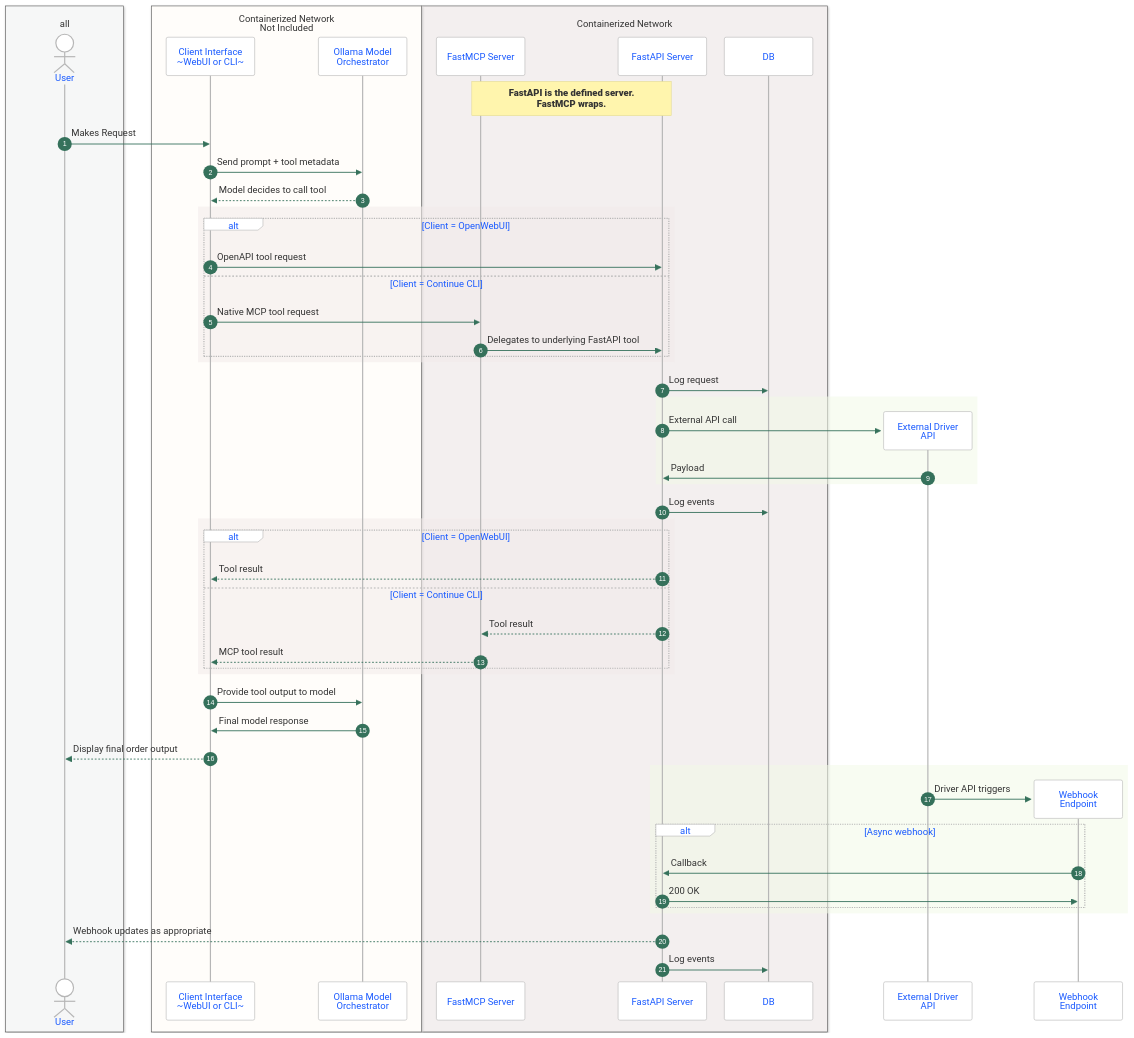
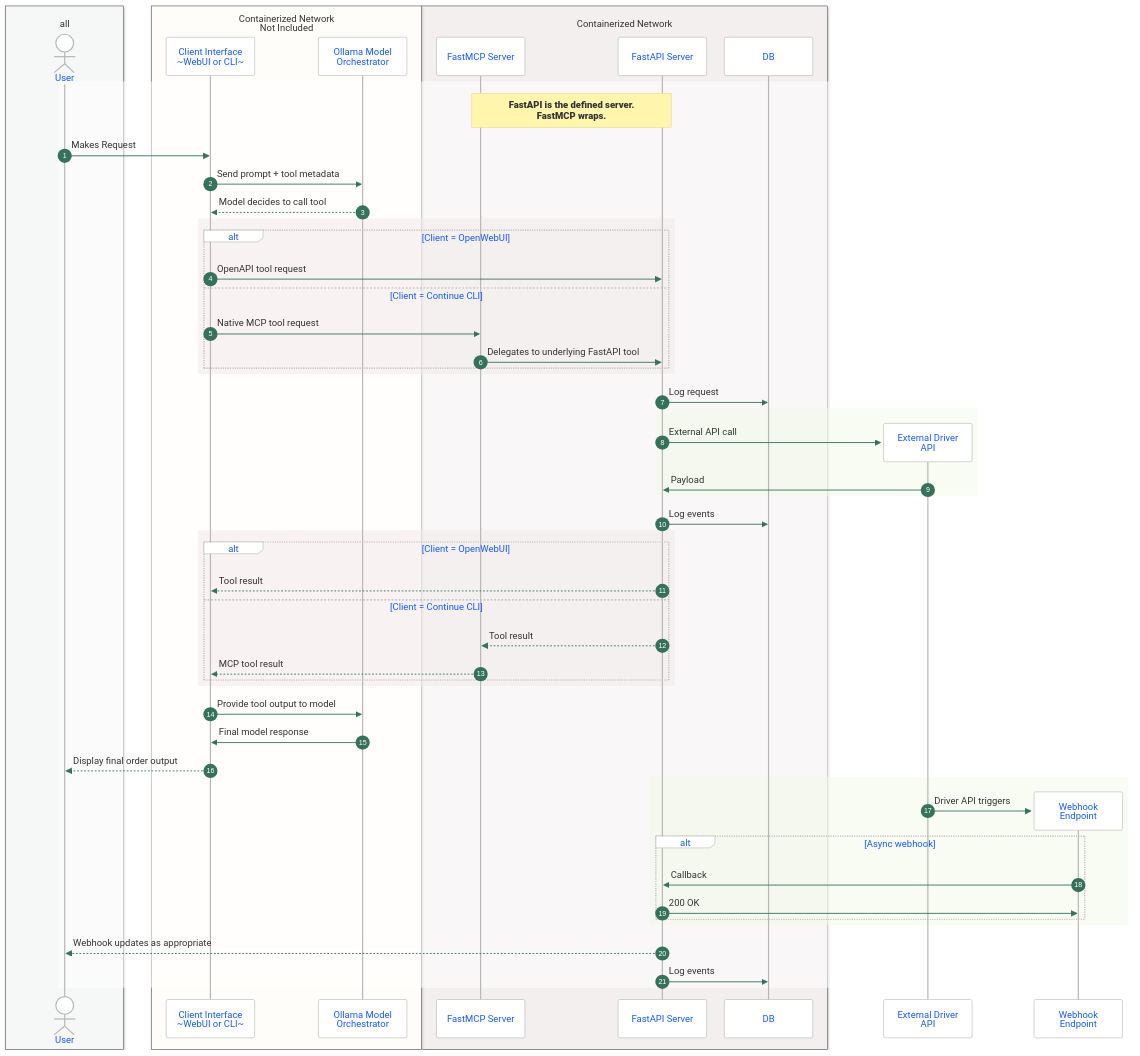
The diagram in docs/CONTEXTUAL_SEQUENCE.md (entitycs/doordash-driver-fastapi), drawn with Mermaid before and after one commit. The commit also changed 3 other files, not shown here.

````diff
--- a/docs/CONTEXTUAL_SEQUENCE.md
+++ b/docs/CONTEXTUAL_SEQUENCE.md
@@ -26,6 +27,7 @@
 
 sequenceDiagram
     autonumber
+    rect rgba(255, 255, 255, 0.55)
     box rgba(246, 247, 247, 1) all
         actor User as User
     end
@@ -92,5 +94,5 @@
     end
     FastAPI-->>User: Webhook updates as appropriate
     FastAPI->>DB: Log events
-
+end
 ```
````
